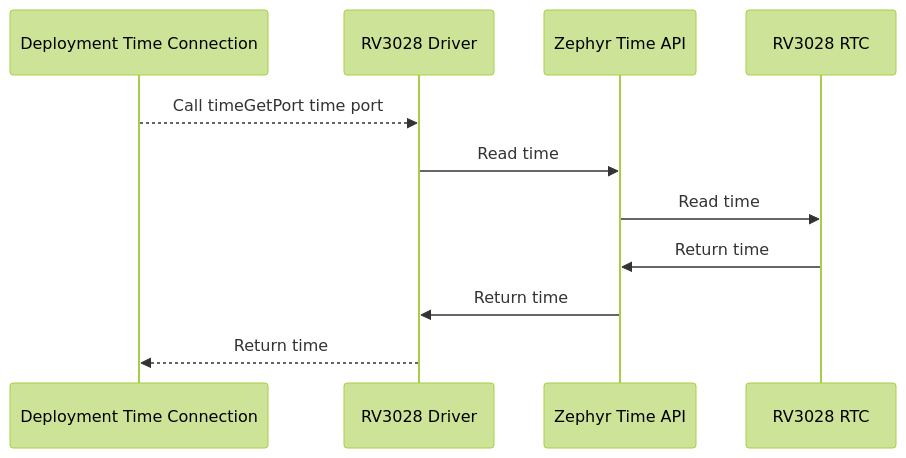
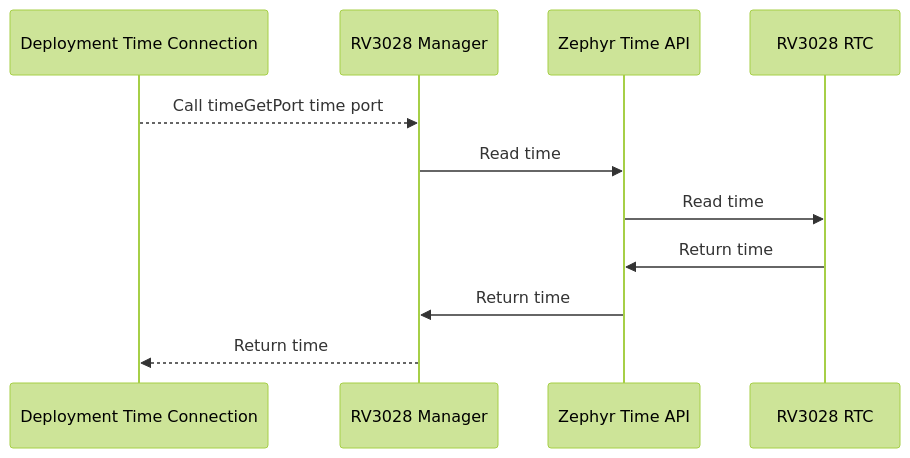
One commit to Open-Source-Space-Foundation/proves-core-reference changed the second of 8 diagrams in FprimeZephyrReference/Components/Drv/Rv3028Manager/docs/sdd.md. Above: the diagram before and after it, drawn with Mermaid (forest theme). The commit also changed other lines of this file and 8 other files, not shown here.

Commit message:
Rename references from Rv3028Driver to Rv3028Manager

````diff
--- a/FprimeZephyrReference/Components/Drv/Rv3028Manager/docs/sdd.md
+++ b/FprimeZephyrReference/Components/Drv/Rv3028Manager/docs/sdd.md
@@ -76,13 +76,13 @@
 ```mermaid
 sequenceDiagram
     participant Deployment Time Connection
-    participant RV3028 Driver
+    participant RV3028 Manager
     participant Zephyr Time API
     participant RV3028 RTC
-    Deployment Time Connection-->>RV3028 Driver: Call timeGetPort time port
-    RV3028 Driver->>Zephyr Time API: Read time
+    Deployment Time Connection-->>RV3028 Manager: Call timeGetPort time port
+    RV3028 Manager->>Zephyr Time API: Read time
     Zephyr Time API->>RV3028 RTC: Read time
     RV3028 RTC->>Zephyr Time API: Return time
-    Zephyr Time API->>RV3028 Driver: Return time
-    RV3028 Driver-->>Deployment Time Connection: Return time
+    Zephyr Time API->>RV3028 Manager: Return time
+    RV3028 Manager-->>Deployment Time Connection: Return time
 ```
````
